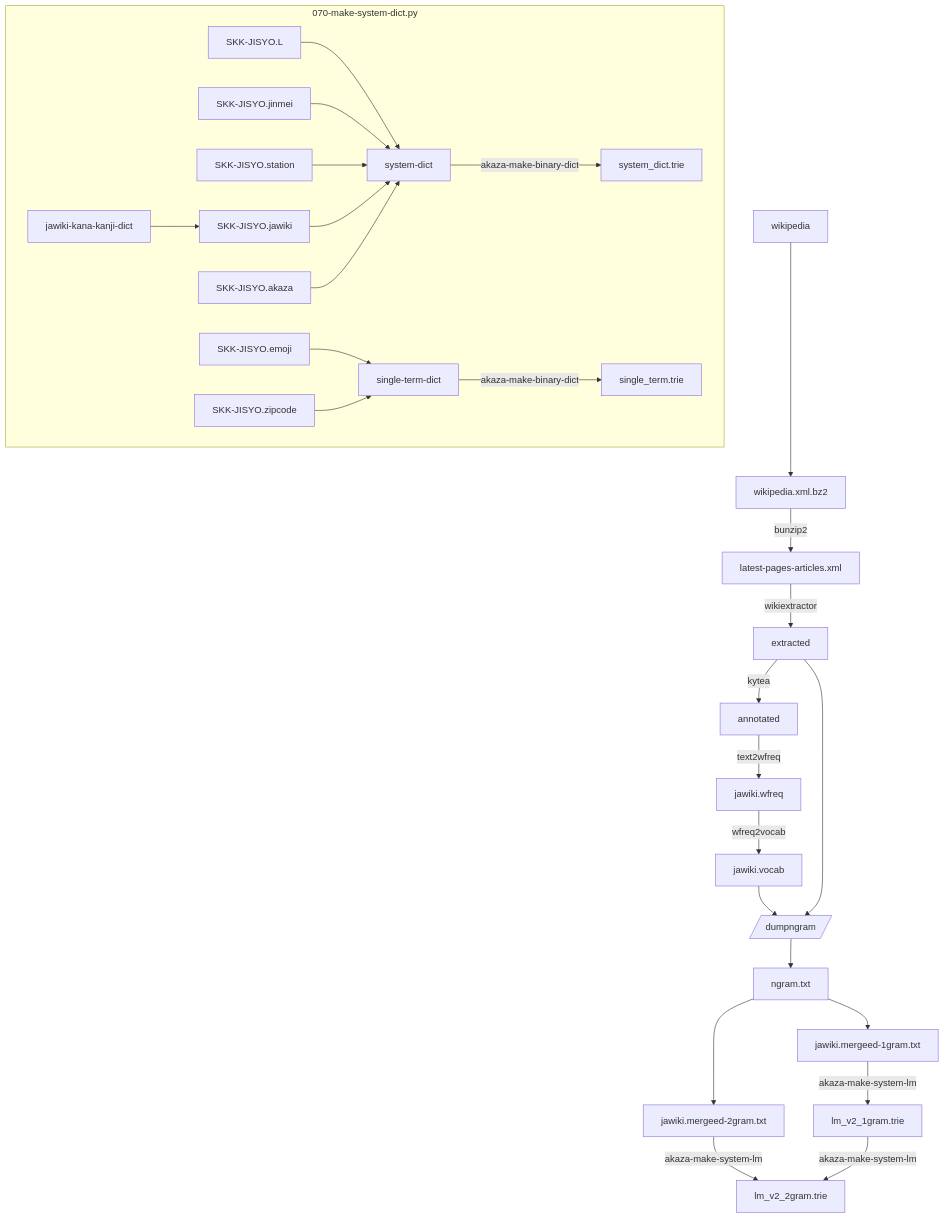
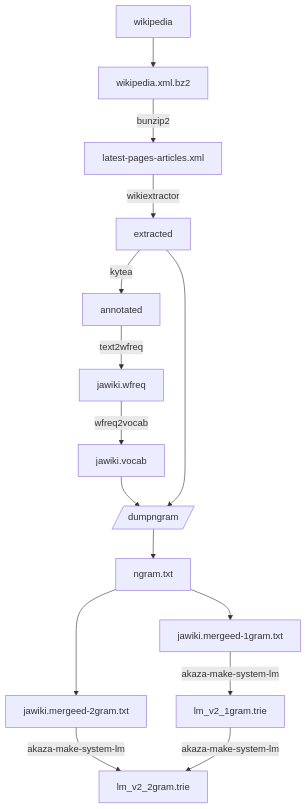
The first of 2 diagrams in docs/data-flow.md (akaza-im/akaza), drawn with Mermaid before and after one commit. The commit also changed other lines of this file, not shown here.

````diff
--- a/docs/data-flow.md
+++ b/docs/data-flow.md
@@ -3,31 +13,18 @@
 ```mermaid
-graph
+graph TD
     wikipedia --> wikipedia.xml.bz2
     -- bunzip2 -->latest-pages-articles.xml
     -- wikiextractor --> extracted
     -- kytea --> annotated
     -- text2wfreq --> jawiki.wfreq
     -- wfreq2vocab --> jawiki.vocab
     jawiki.vocab --> dumpngram[/dumpngram/]
     extracted --> dumpngram[/dumpngram/]
     --> ngram.txt
     ngram.txt --> jawiki.mergeed-1gram.txt
     ngram.txt --> jawiki.mergeed-2gram.txt
 
     jawiki.mergeed-1gram.txt -- akaza-make-system-lm --> lm_v2_1gram.trie
     jawiki.mergeed-2gram.txt -- akaza-make-system-lm --> lm_v2_2gram.trie
     lm_v2_1gram.trie -- akaza-make-system-lm --> lm_v2_2gram.trie
-
-    subgraph 070-make-system-dict.py
-        SKK-JISYO.L --> system-dict
-        SKK-JISYO.jinmei --> system-dict
-        SKK-JISYO.station --> system-dict
-        jawiki-kana-kanji-dict --> SKK-JISYO.jawiki --> system-dict
-        SKK-JISYO.akaza --> system-dict
-        system-dict -- akaza-make-binary-dict--> system_dict.trie
-
-        SKK-JISYO.emoji --> single-term-dict
-        SKK-JISYO.zipcode --> single-term-dict
-        single-term-dict -- akaza-make-binary-dict--> single_term.trie
-    end
 ```
````
